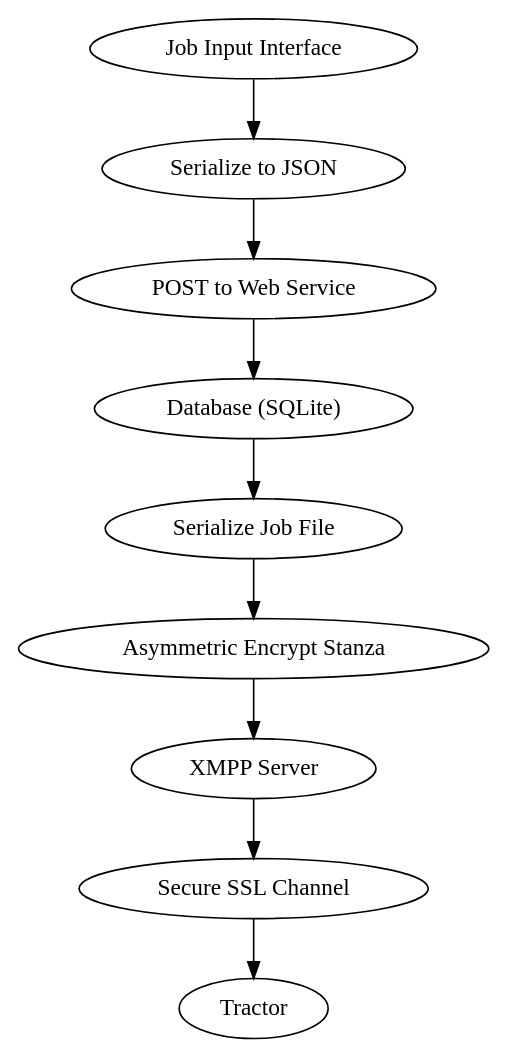
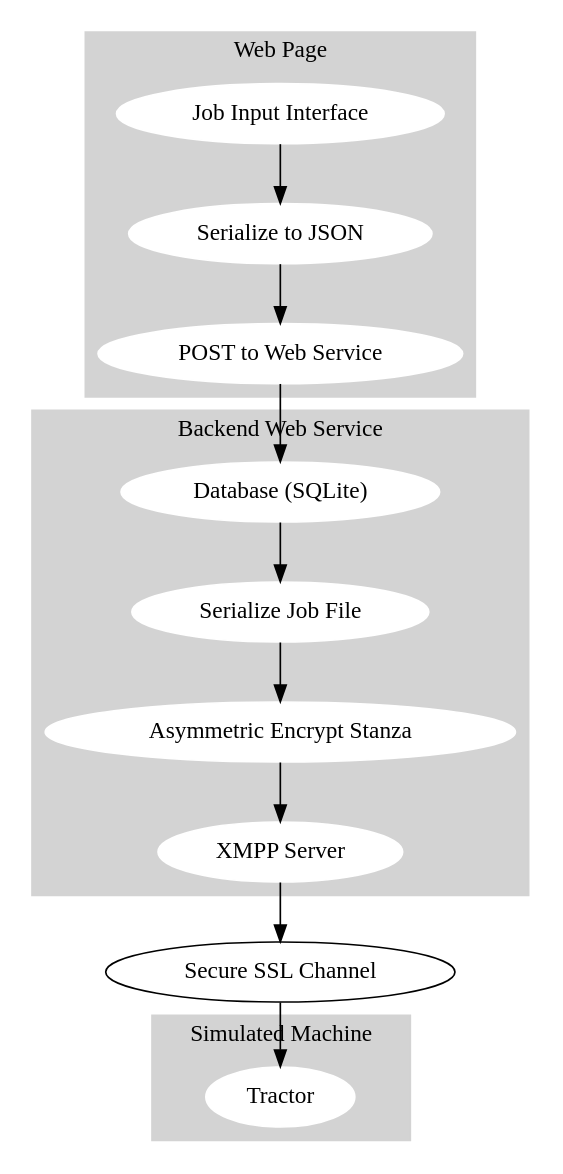
The diagram in midterm/midterm progress report/signalpath.dot (JeremyLWright/cse548), drawn with Graphviz before and after one commit. The commit also changed 7 other files, not shown here.

```diff
--- a/midterm/midterm progress report/signalpath.dot
+++ b/midterm/midterm progress report/signalpath.dot
@@ -1,17 +1,43 @@
 
 digraph G {
-
+subgraph cluster0 {
+node [style=filled, color=white];
+style=filled;
+color=lightgrey;
 in [label="Job Input Interface"];
 serial [label="Serialize to JSON"];
 post [label="POST to Web Service"];
+in -> serial -> post;
+label="Web Page";
+}
+
+
+subgraph cluster1 {
+node [style=filled, color=white];
+style=filled;
+color=lightgrey;
 db [label="Database (SQLite)"];
-xmpp [label="XMPP Server"];
 serial2 [label="Serialize Job File"];
 aes [label="Asymmetric Encrypt Stanza"];
+xmpp [label="XMPP Server"];
+db -> serial2 -> aes -> xmpp;
+label="Backend Web Service";
+}
+
 ssl [label="Secure SSL Channel"];
+
+subgraph cluster2 {
+node [style=filled, color=white];
+style=filled;
+color=lightgrey;
 machine [label="Tractor"];
 
-in -> serial -> post -> db -> serial2 -> aes -> xmpp -> ssl -> machine;
+
+label="Simulated Machine"
+}
+ssl -> machine;
+post -> db;
+xmpp -> ssl;
 
 
 }
```
